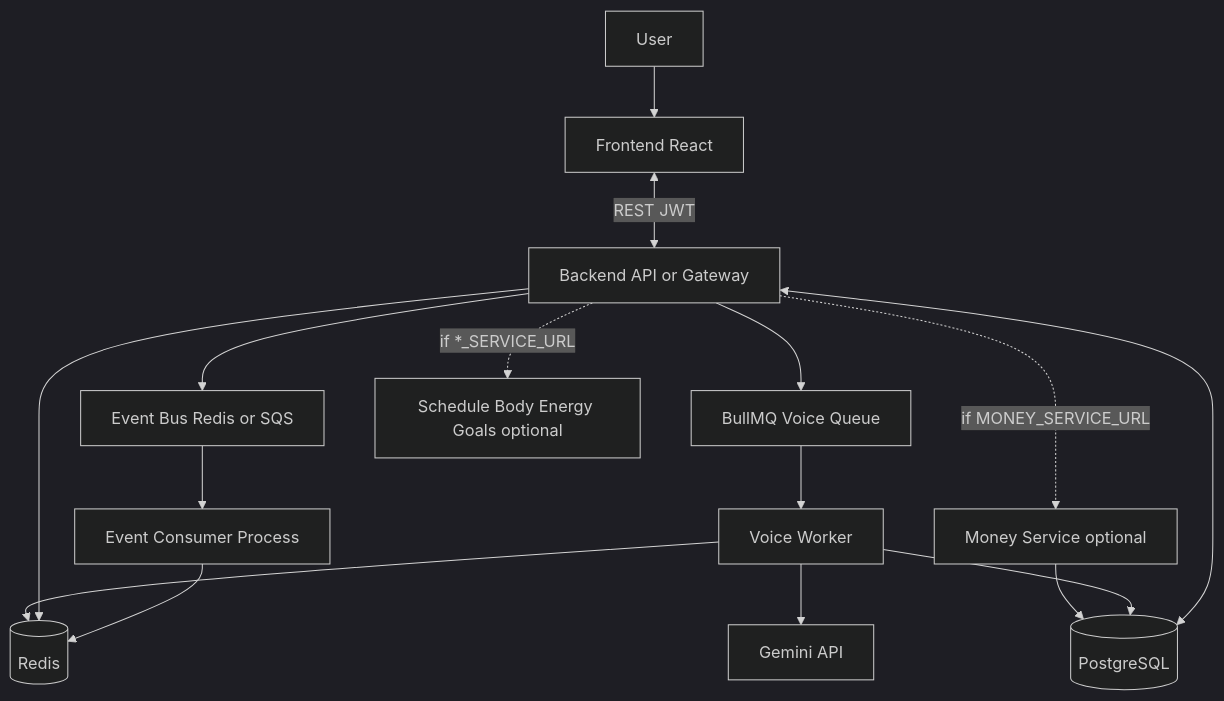
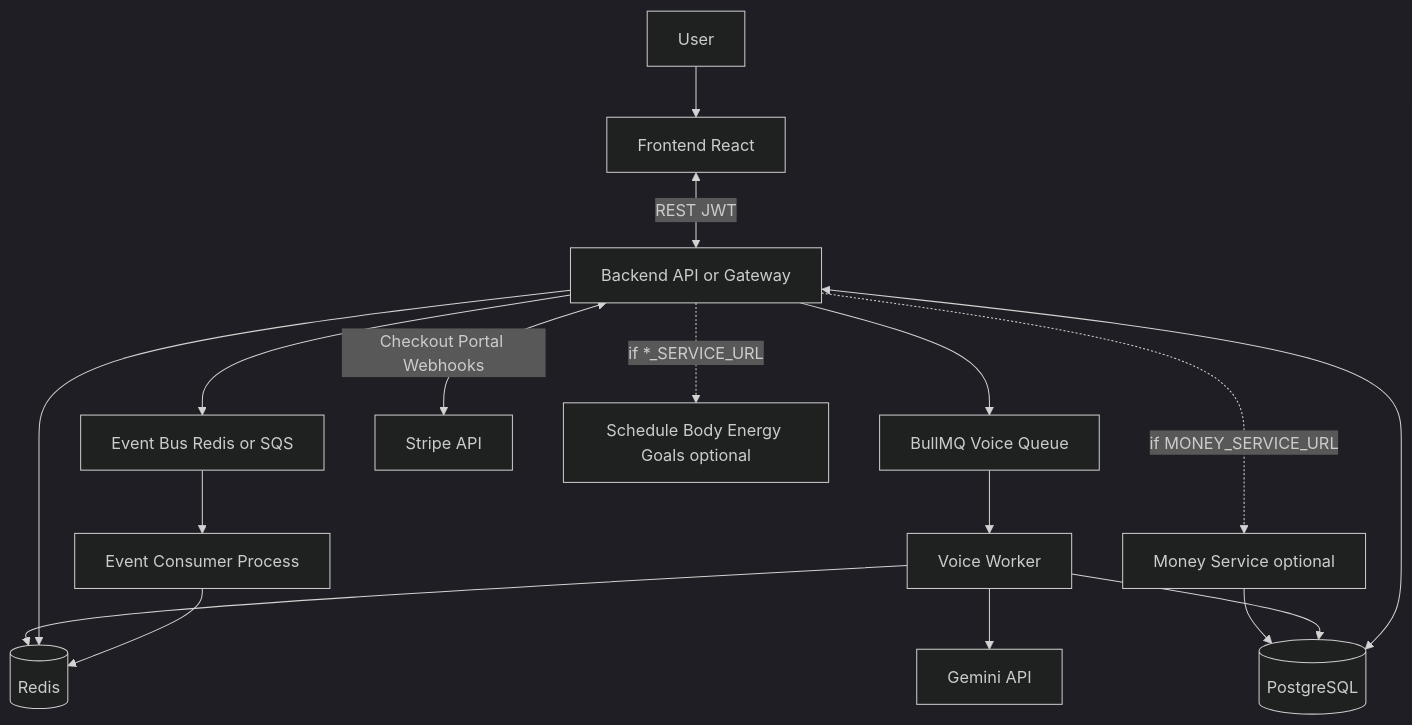
The diagram in README.md (YoniRipp/BMe), drawn with Mermaid (dark theme) before and after one commit. The commit also changed other lines of this file and 11 other files, not shown here.

````diff
--- a/README.md
+++ b/README.md
@@ -54,31 +60,33 @@
 ```mermaid
 flowchart TB
   User[User]
   Frontend[Frontend React]
   Gateway[Backend API or Gateway]
   Redis[(Redis)]
   DB[(PostgreSQL)]
   Queue[BullMQ Voice Queue]
   Worker[Voice Worker]
   Gemini[Gemini API]
   EventBus[Event Bus Redis or SQS]
   EventConsumer[Event Consumer Process]
+  Stripe[Stripe API]
   MoneySvc[Money Service optional]
   OtherSvcs[Schedule Body Energy Goals optional]
 
   User --> Frontend
   Frontend <-->|"REST JWT"| Gateway
   Gateway <--> DB
+  Gateway <-->|"Checkout Portal Webhooks"| Stripe
   Gateway --> EventBus
   EventBus --> EventConsumer
   EventConsumer --> Redis
   Gateway --> Redis
   Gateway --> Queue
   Queue --> Worker
   Worker --> Gemini
   Worker --> Redis
   Worker --> DB
   Gateway -.->|"if MONEY_SERVICE_URL"| MoneySvc
   Gateway -.->|"if *_SERVICE_URL"| OtherSvcs
   MoneySvc --> DB
 ```
````
